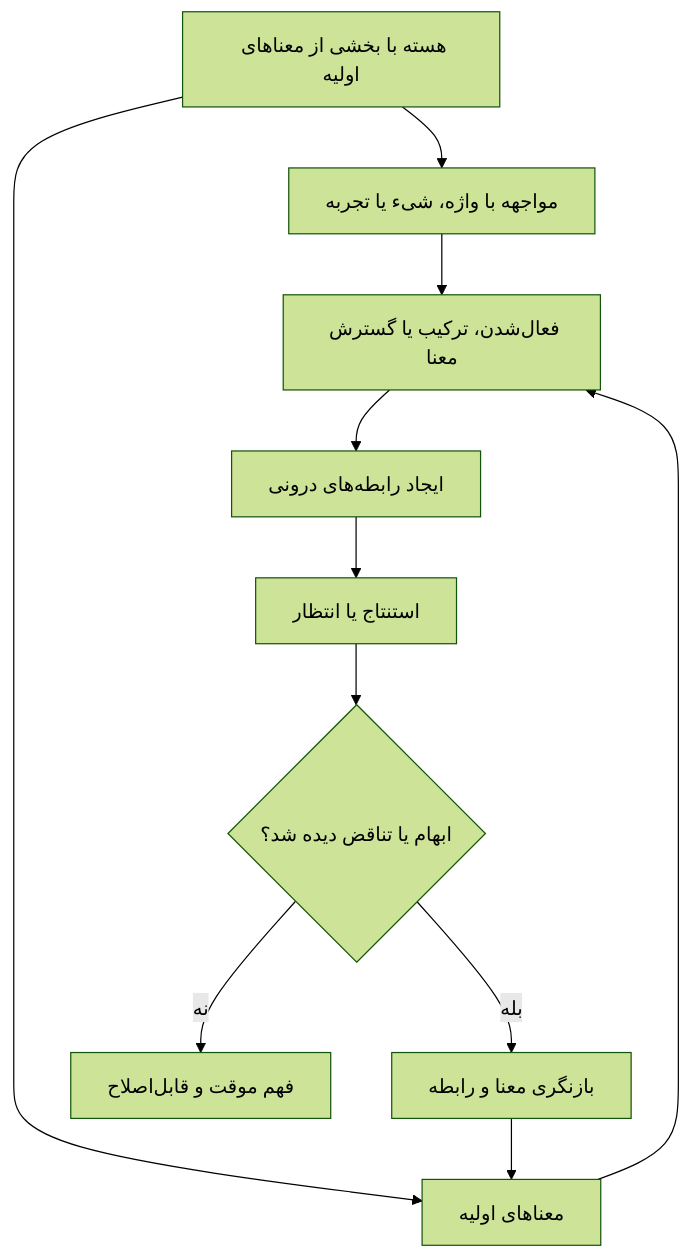
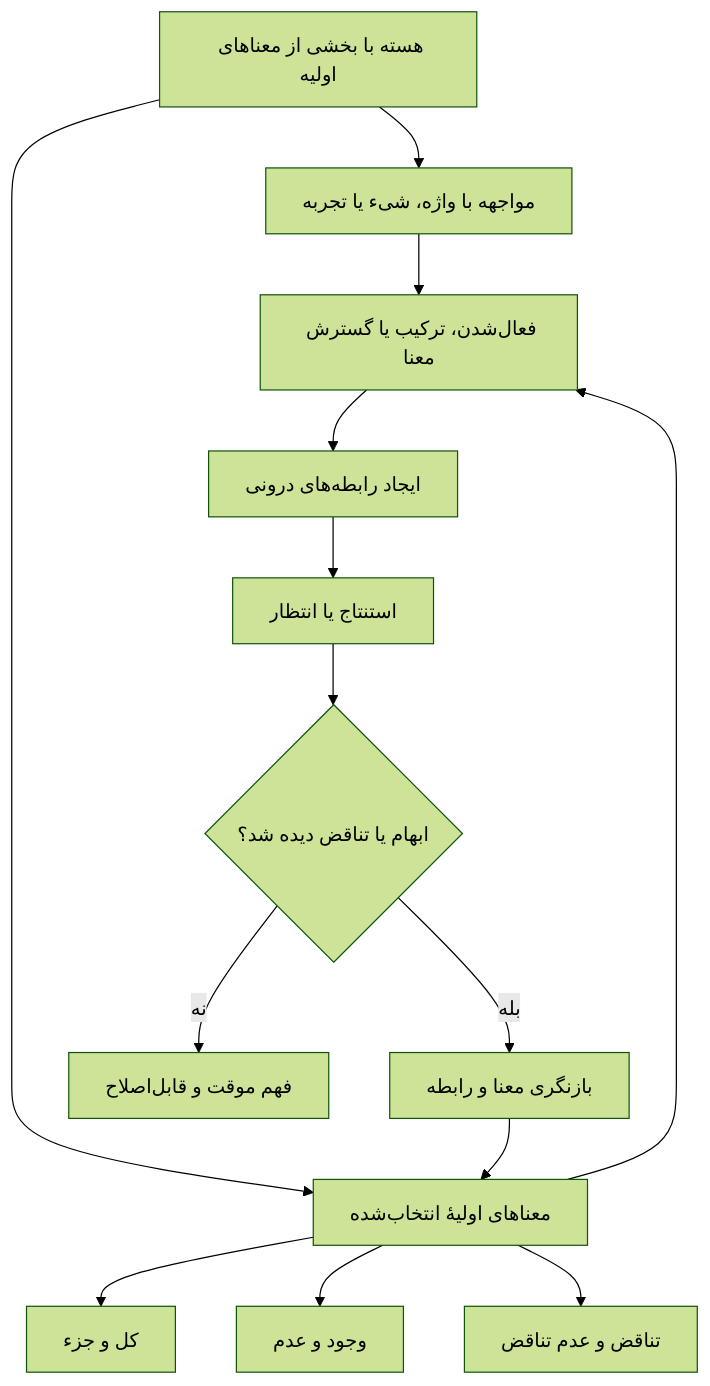
The diagram in docs/knowledge_map/internal_map_meaning.md (Shahbazi-Amir/Self-Structuring-Object-Cognition), drawn with Mermaid (forest theme) before and after one commit. The commit also changed other lines of this file, not shown here.

````diff
--- a/docs/knowledge_map/internal_map_meaning.md
+++ b/docs/knowledge_map/internal_map_meaning.md
@@ -47,13 +48,16 @@
 ```mermaid
 flowchart TD
     A["هسته با بخشی از معناهای اولیه"] --> B["مواجهه با واژه، شیء یا تجربه"]
-    A --> C["معناهای اولیه"]
+    A --> C["معناهای اولیهٔ انتخاب‌شده"]
+    C --> C1["کل و جزء"]
+    C --> C2["وجود و عدم"]
+    C --> C3["تناقض و عدم تناقض"]
     B --> D["فعال‌شدن، ترکیب یا گسترش معنا"]
     C --> D
     D --> E["ایجاد رابطه‌های درونی"]
     E --> F["استنتاج یا انتظار"]
     F --> G{"ابهام یا تناقض دیده شد؟"}
     G -- بله --> H["بازنگری معنا و رابطه"]
     H --> C
     G -- نه --> I["فهم موقت و قابل‌اصلاح"]
 ```
````
